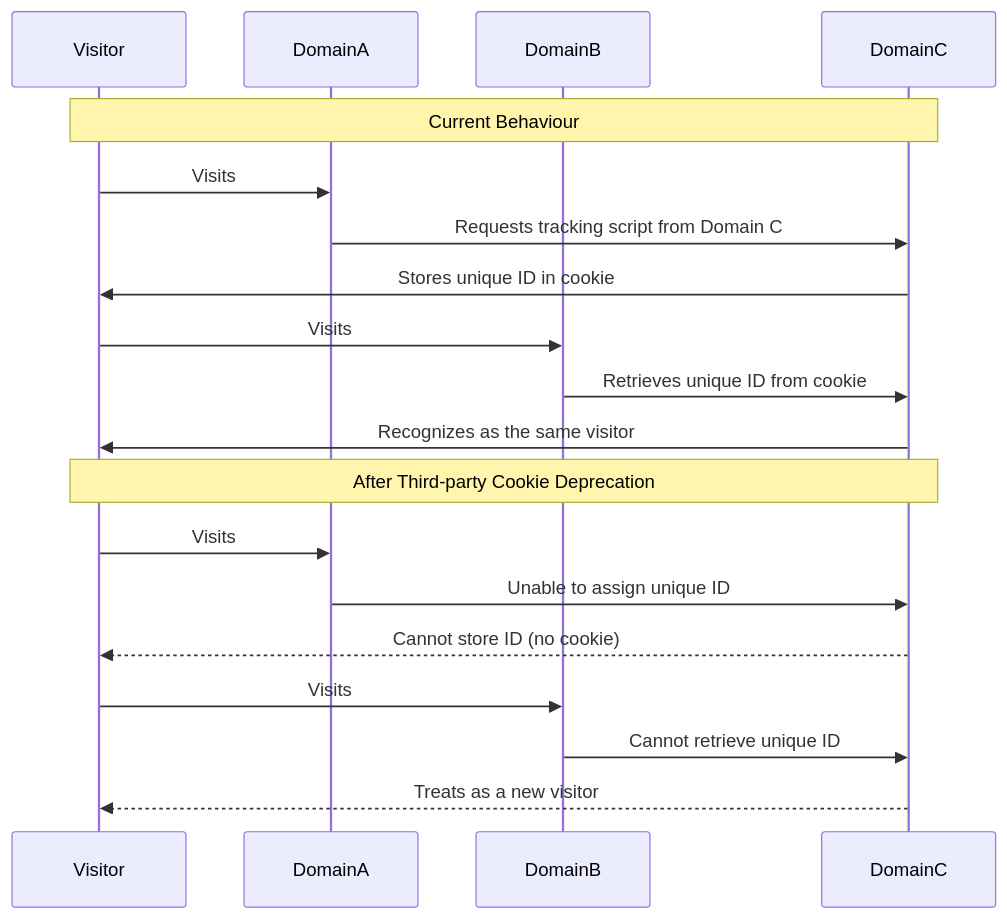
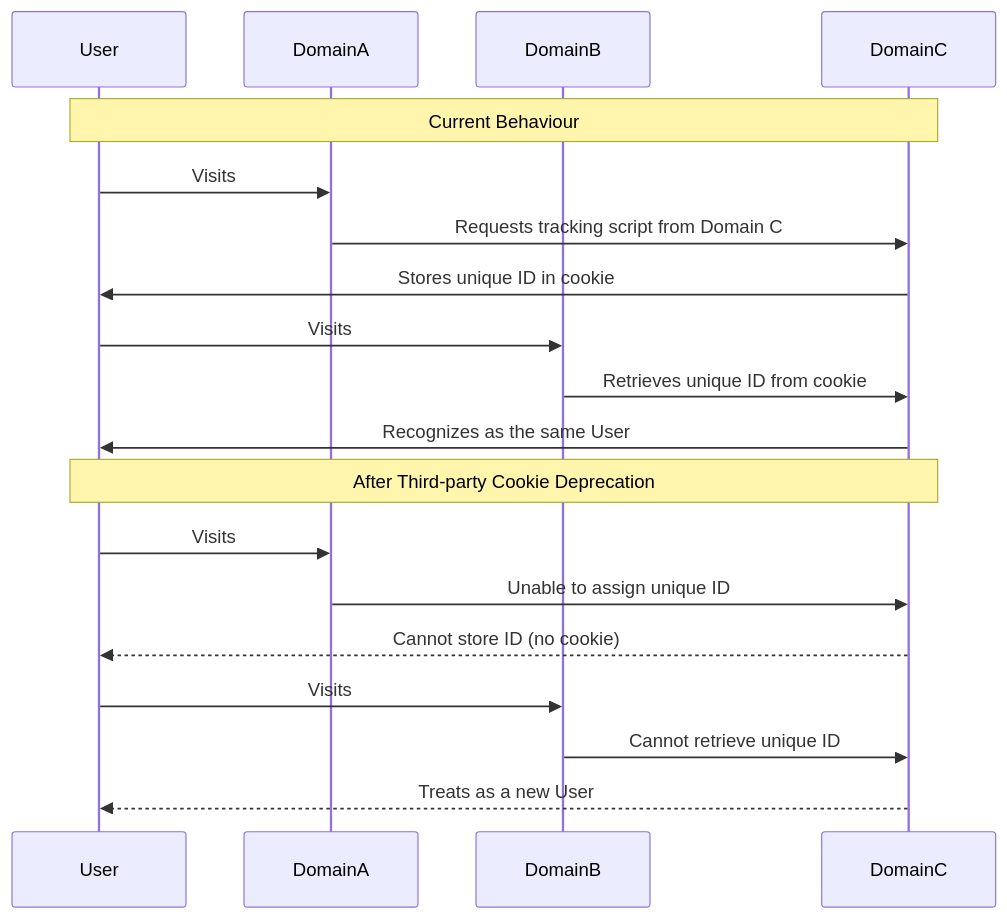
Before and after one commit to rtCamp/psat-demos: the first of 4 diagrams in README.md, drawn with Mermaid. The commit also changed other lines of this file, not shown here.

Commit message:
Update sequence diagram in the README.md

````diff
--- a/README.md
+++ b/README.md
@@ -92,25 +92,25 @@
 ```mermaid
 sequenceDiagram
-    participant Visitor
+    participant User
     participant DomainA
     participant DomainB
     participant DomainC
     
-    Note over Visitor,DomainC: Current Behaviour
+    Note over User,DomainC: Current Behaviour
     
-    Visitor->>DomainA: Visits
+    User->>DomainA: Visits
     DomainA->>DomainC: Requests tracking script from Domain C
-    DomainC->>Visitor: Stores unique ID in cookie
-    Visitor->>DomainB: Visits
+    DomainC->>User: Stores unique ID in cookie
+    User->>DomainB: Visits
     DomainB->>DomainC: Retrieves unique ID from cookie
-    DomainC->>Visitor: Recognizes as the same visitor
+    DomainC->>User: Recognizes as the same User
 
-    Note over Visitor,DomainC: After Third-party Cookie Deprecation
+    Note over User,DomainC: After Third-party Cookie Deprecation
     
-    Visitor->>DomainA: Visits
+    User->>DomainA: Visits
     DomainA->>DomainC: Unable to assign unique ID
-    DomainC-->>Visitor: Cannot store ID (no cookie)
-    Visitor->>DomainB: Visits
+    DomainC-->>User: Cannot store ID (no cookie)
+    User->>DomainB: Visits
     DomainB->>DomainC: Cannot retrieve unique ID
-    DomainC-->>Visitor: Treats as a new visitor
+    DomainC-->>User: Treats as a new User
 ```
````
